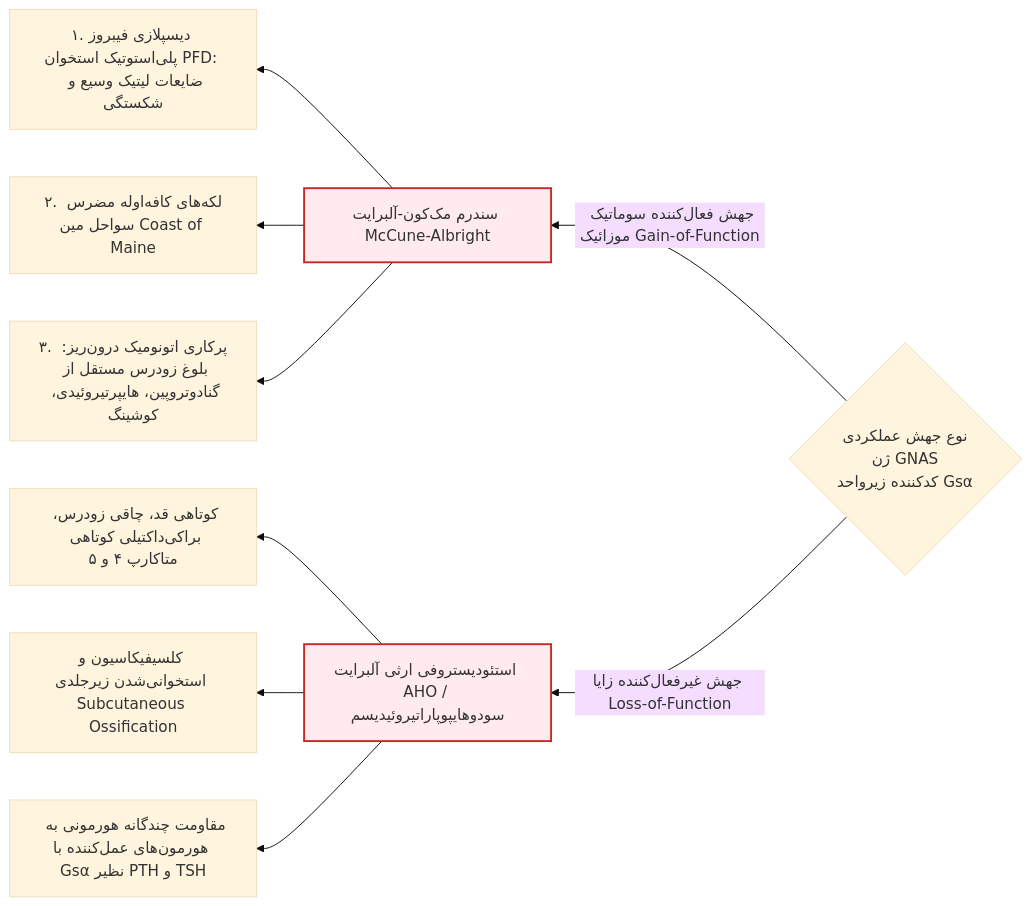
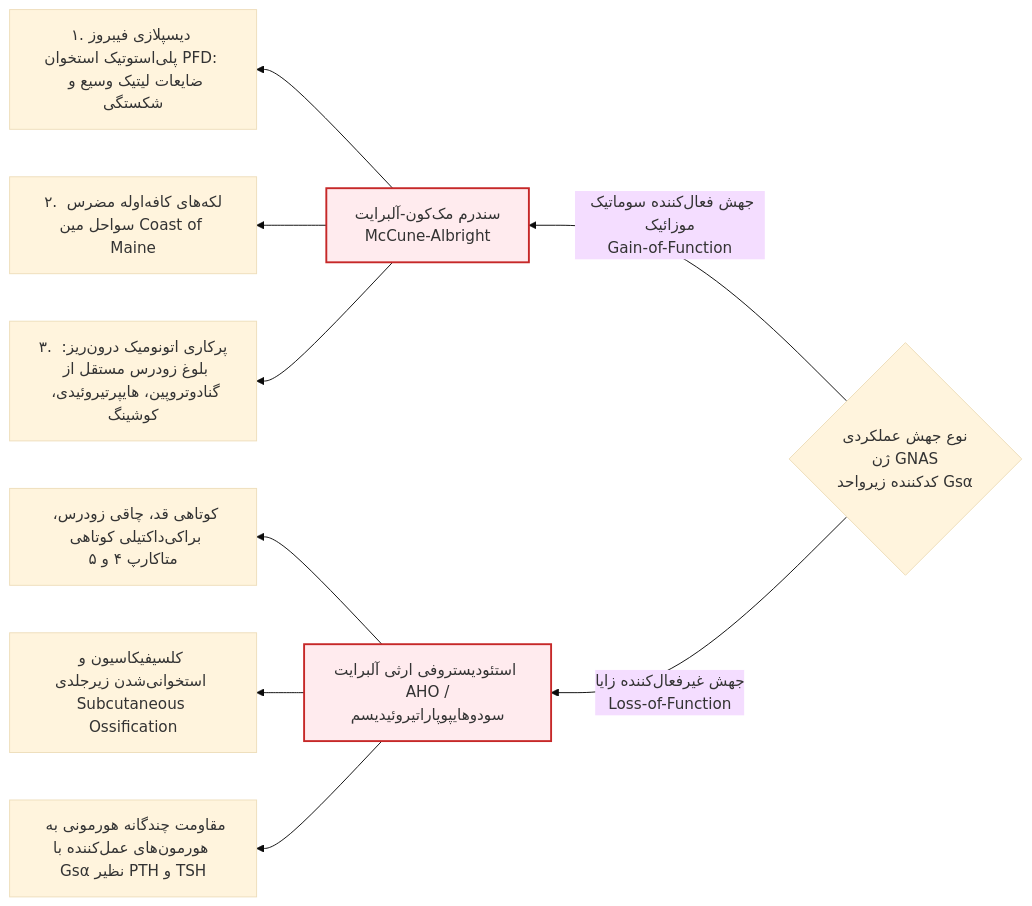
The fifth of 8 diagrams in 07/مبانی غدد/کلیات.md (neopulse-hub/TUMS-1402-1-neo), drawn with Mermaid (base theme) before and after one commit.

````diff
--- a/07/مبانی غدد/کلیات.md
+++ b/07/مبانی غدد/کلیات.md
@@ -186,17 +186,17 @@
 ```mermaid
 flowchart RL
     classDef mut fill:#ffebee,stroke:#c62828,stroke-width:2px;
 
     MutType{نوع جهش عملکردی<br>ژن GNAS<br>کدکننده زیرواحد Gsα}
 
-    MutType -->|جهش فعال‌کننده سوماتیک موزائیک Gain-of-Function| MAS[سندرم مک‌کون-آلبرایت McCune-Albright]:::mut
-    MutType -->|جهش غیرفعال‌کننده زایا Loss-of-Function| AHO[استئودیستروفی ارثی آلبرایت AHO / سودوهایپوپاراتیروئیدیسم]:::mut
+    MutType -->|جهش فعال‌کننده سوماتیک موزائیک<br>Gain-of-Function| MAS[سندرم مک‌کون-آلبرایت<br>McCune-Albright]:::mut
+    MutType -->|جهش غیرفعال‌کننده زایا<br>Loss-of-Function| AHO[استئودیستروفی ارثی آلبرایت AHO /<br>سودوهایپوپاراتیروئیدیسم]:::mut
 
     MAS --> MAS_Triad1[۱. دیسپلازی فیبروز پلی‌استوتیک استخوان PFD: ضایعات لیتیک وسیع و شکستگی]
     MAS --> MAS_Triad2[۲. لکه‌های کافه‌اوله مضرس سواحل مین Coast of Maine]
     MAS --> MAS_Triad3[۳. پرکاری اتونومیک درون‌ریز: بلوغ زودرس مستقل از گنادوتروپین، هایپرتیروئیدی، کوشینگ]
 
     AHO --> AHO_Sign1[کوتاهی قد، چاقی زودرس، براکی‌داکتیلی کوتاهی متاکارپ ۴ و ۵]
     AHO --> AHO_Sign2[کلسیفیکاسیون و استخوانی‌شدن زیرجلدی Subcutaneous Ossification]
     AHO --> AHO_Sign3[مقاومت چندگانه هورمونی به هورمون‌های عمل‌کننده با Gsα نظیر PTH و TSH]
 ```
````
